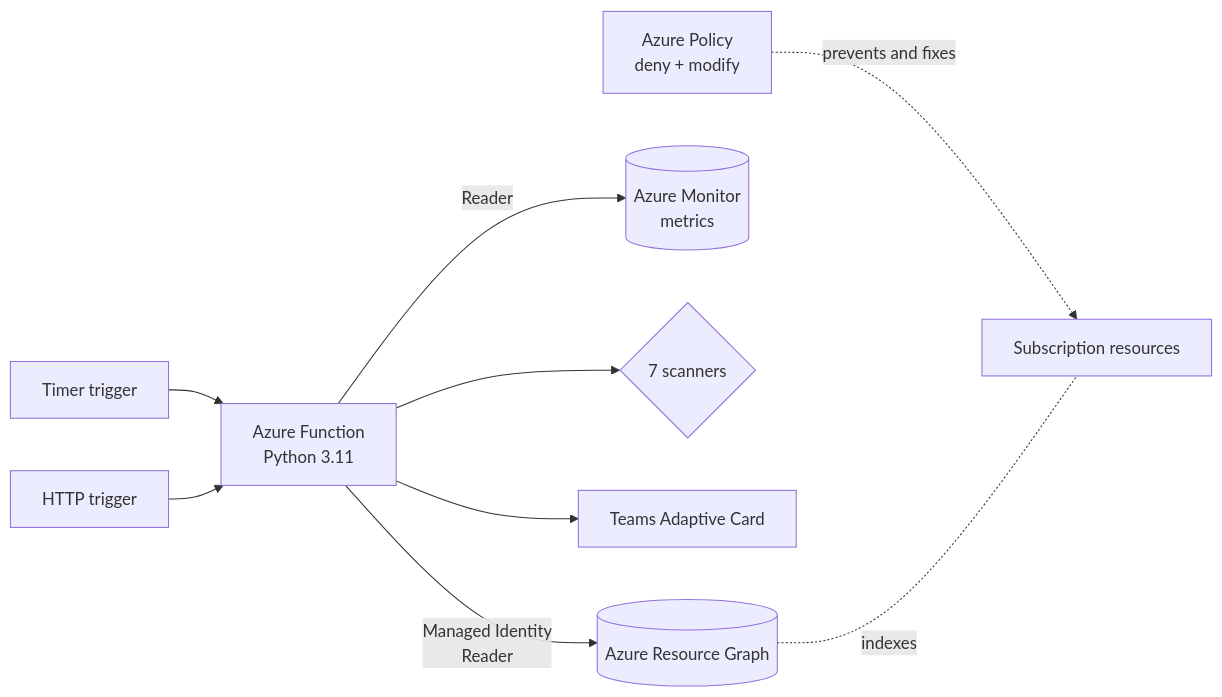
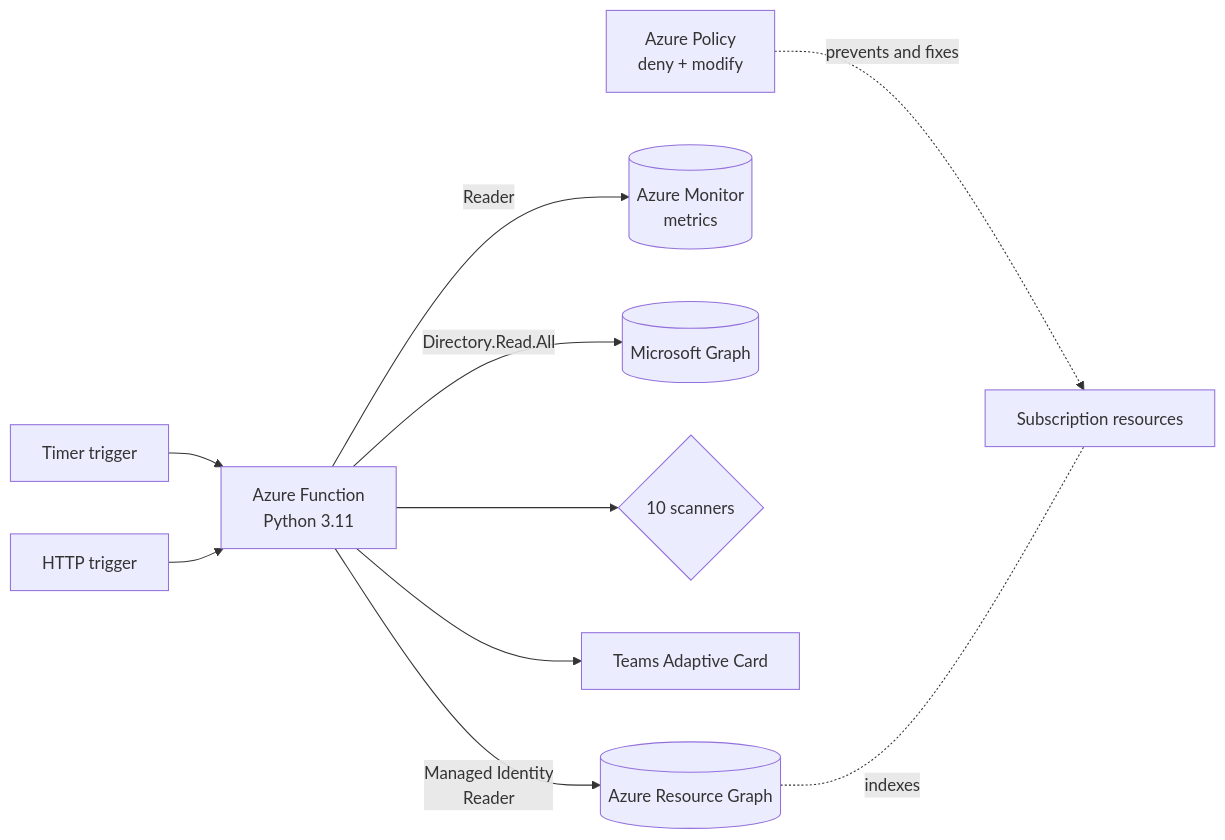
Before and after one commit to yungkolt/azure-governance-bot: the diagram in README.md, drawn with Mermaid. The commit also changed other lines of this file and 22 other files, not shown here.

````diff
--- a/README.md
+++ b/README.md
@@ -7,11 +7,12 @@
 ```mermaid
 flowchart LR
     T[Timer trigger] --> F[Azure Function<br/>Python 3.11]
     H[HTTP trigger] --> F
     F -- Managed Identity<br/>Reader --> ARG[(Azure Resource Graph)]
     F -- Reader --> MON[(Azure Monitor<br/>metrics)]
-    F --> S{7 scanners}
+    F -- Directory.Read.All --> MG[(Microsoft Graph)]
+    F --> S{10 scanners}
     F --> R[Teams Adaptive Card]
     P[Azure Policy<br/>deny + modify] -. prevents and fixes .-> AZ[Subscription resources]
     ARG -. indexes .- AZ
 ```
````
